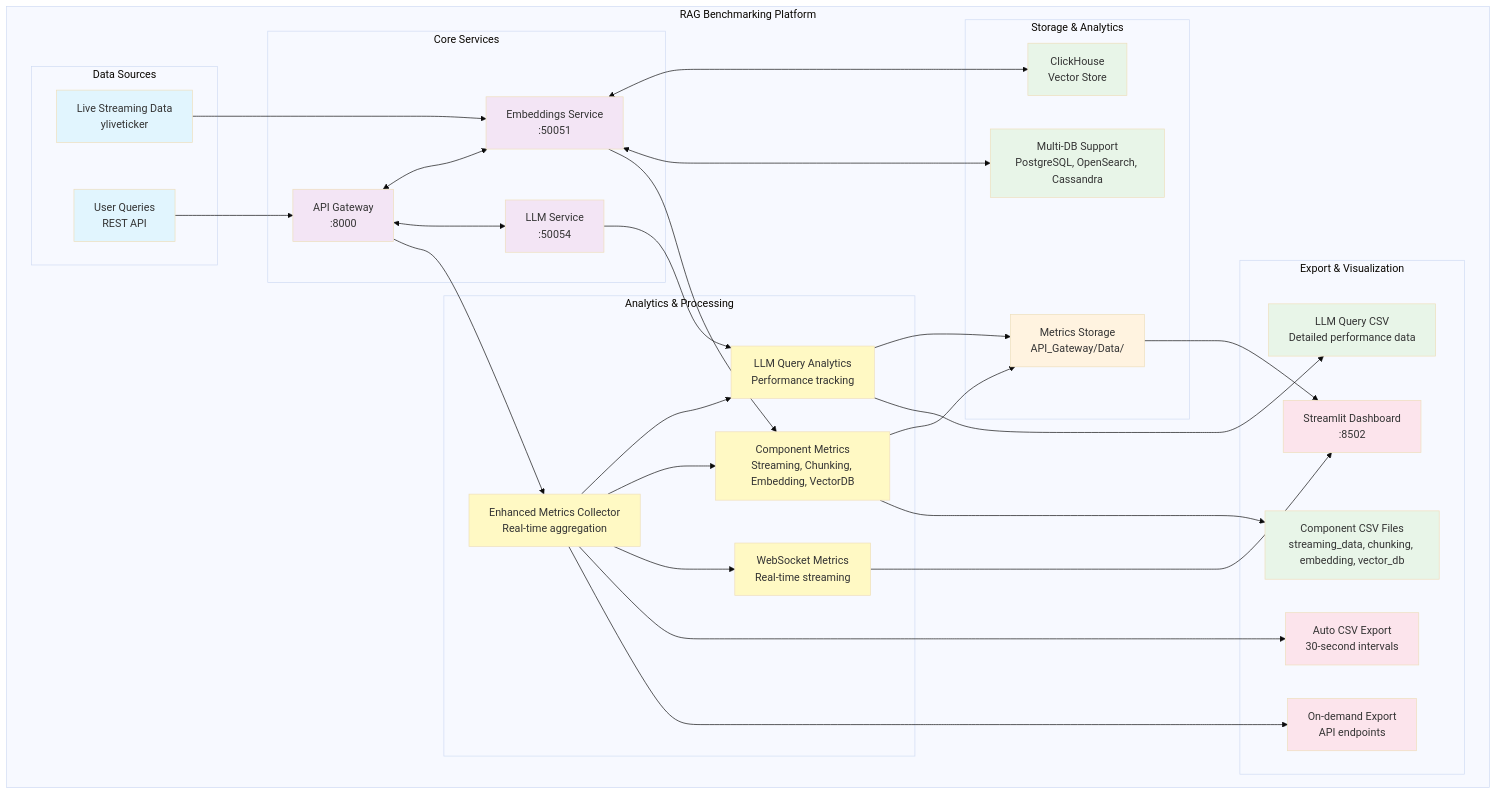
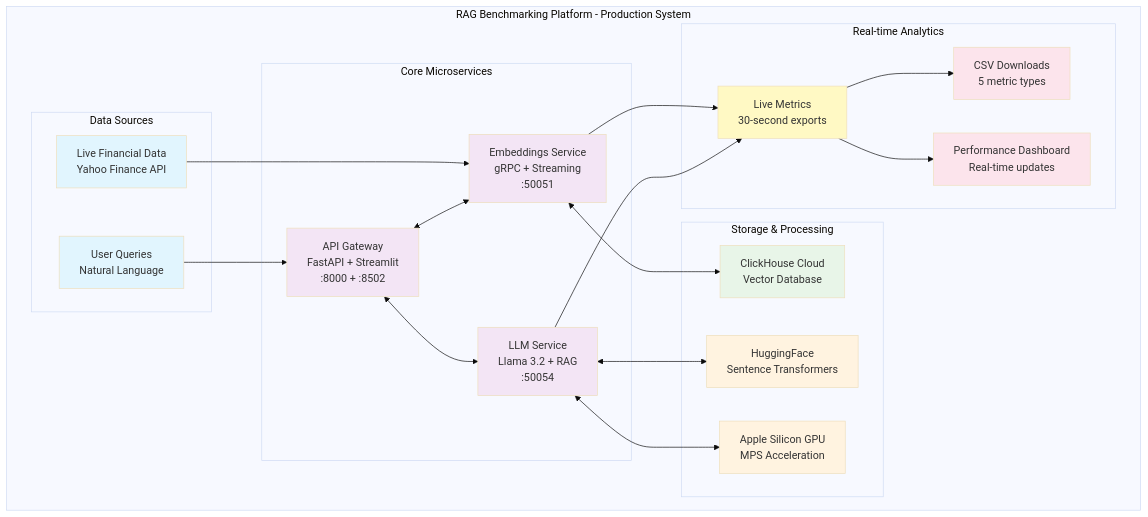
One commit to Darkknight-86/RAG_Benchmark changed the diagram in README.md. Above: the diagram before and after it, drawn with Mermaid (base theme). The commit also changed other lines of this file and 3 other files, not shown here.

````diff
--- a/README.md
+++ b/README.md
@@ -26,78 +28,52 @@
 ```mermaid
 flowchart TB
-    subgraph "RAG Benchmarking Platform"
+    subgraph "RAG Benchmarking Platform - Production System"
         subgraph "Data Sources"
-            A[Live Streaming Data<br/>yliveticker]
-            B[User Queries<br/>REST API]
+            A[Live Financial Data<br/>Yahoo Finance API]
+            B[User Queries<br/>Natural Language]
         end
 
-        subgraph "Core Services"
-            C[API Gateway<br/>:8000]
-            D[Embeddings Service<br/>:50051]
-            E[LLM Service<br/>:50054]
+        subgraph "Core Microservices"
+            C[API Gateway<br/>FastAPI + Streamlit<br/>:8000 + :8502]
+            D[Embeddings Service<br/>gRPC + Streaming<br/>:50051]
+            E[LLM Service<br/>Llama 3.2 + RAG<br/>:50054]
         end
 
-        subgraph "Storage & Analytics"
-            G[ClickHouse<br/>Vector Store]
-            H[Multi-DB Support<br/>PostgreSQL, OpenSearch, Cassandra]
-            I[Metrics Storage<br/>API_Gateway/Data/]
+        subgraph "Storage & Processing"
+            G[ClickHouse Cloud<br/>Vector Database]
+            H[HuggingFace<br/>Sentence Transformers]
+            I[Apple Silicon GPU<br/>MPS Acceleration]
         end
 
-        subgraph "Analytics & Processing"
-            M[Enhanced Metrics Collector<br/>Real-time aggregation]
-            N[LLM Query Analytics<br/>Performance tracking]
-            O[Component Metrics<br/>Streaming, Chunking, Embedding, VectorDB]
-            P[WebSocket Metrics<br/>Real-time streaming]
-        end
-
-        subgraph "Export & Visualization"
-            J[Streamlit Dashboard<br/>:8502]
-            K[Auto CSV Export<br/>30-second intervals]
-            L[On-demand Export<br/>API endpoints]
-            Q[LLM Query CSV<br/>Detailed performance data]
-            R[Component CSV Files<br/>streaming_data, chunking, embedding, vector_db]
+        subgraph "Real-time Analytics"
+            J[Live Metrics<br/>30-second exports]
+            K[CSV Downloads<br/>5 metric types]
+            L[Performance Dashboard<br/>Real-time updates]
         end
     end
 
     A --> D
     B --> C
     C <--> D
     C <--> E
     D <--> G
-    D <--> H
+    E <--> H
+    E <--> I
 
-    C --> M
-    E --> N
-    D --> O
-    M --> N
-    M --> O
-
-    N --> I
-    O --> I
-    M --> P
-
-    I --> J
-    M --> K
-    M --> L
-    N --> Q
-    O --> R
-    P --> J
+    D --> J
+    E --> J
+    J --> K
+    J --> L
 
     style A fill:#e1f5fe
     style B fill:#e1f5fe
     style C fill:#f3e5f5
     style D fill:#f3e5f5
     style E fill:#f3e5f5
     style G fill:#e8f5e8
-    style H fill:#e8f5e8
+    style H fill:#fff3e0
     style I fill:#fff3e0
-    style M fill:#fff9c4
-    style N fill:#fff9c4
-    style O fill:#fff9c4
-    style P fill:#fff9c4
-    style J fill:#fce4ec
+    style J fill:#fff9c4
     style K fill:#fce4ec
     style L fill:#fce4ec
-    style Q fill:#e8f5e8
-    style R fill:#e8f5e8
 ```
````
